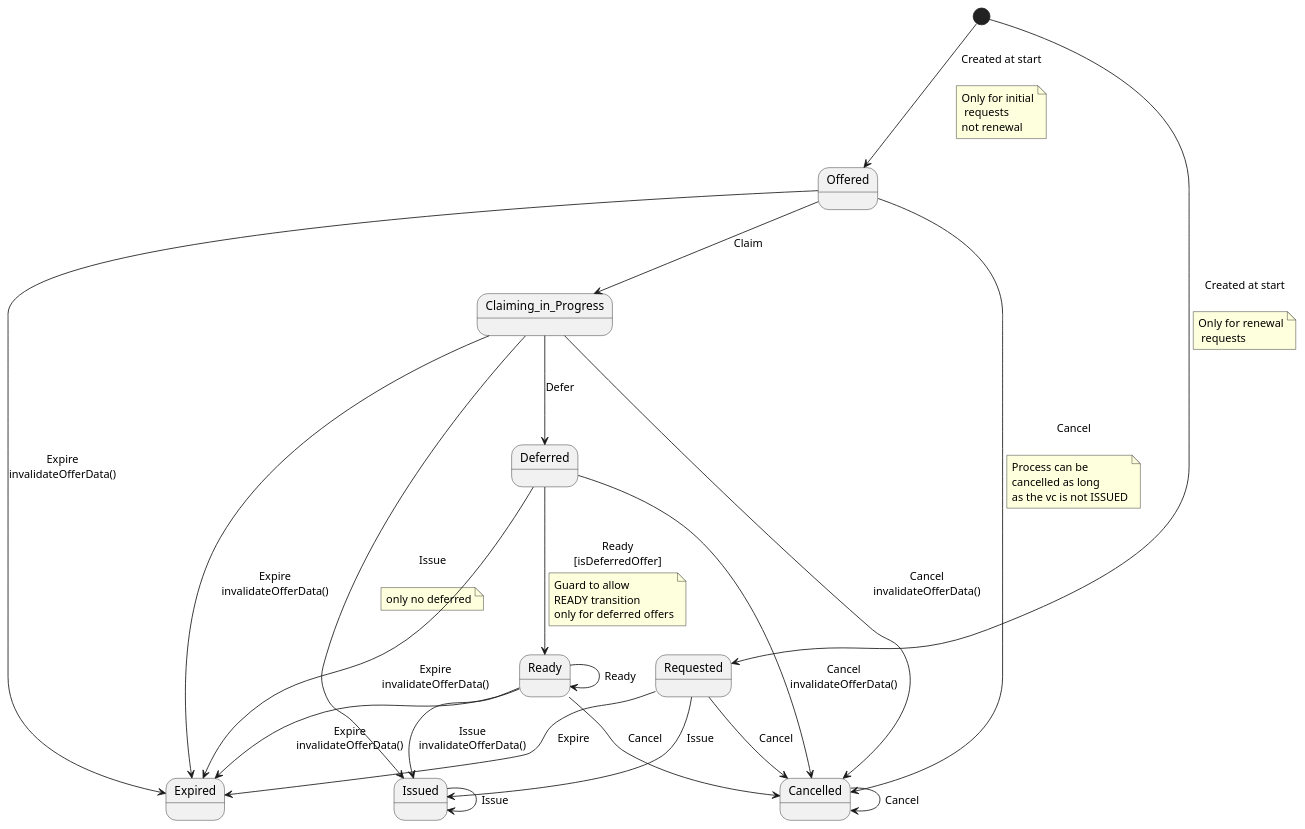
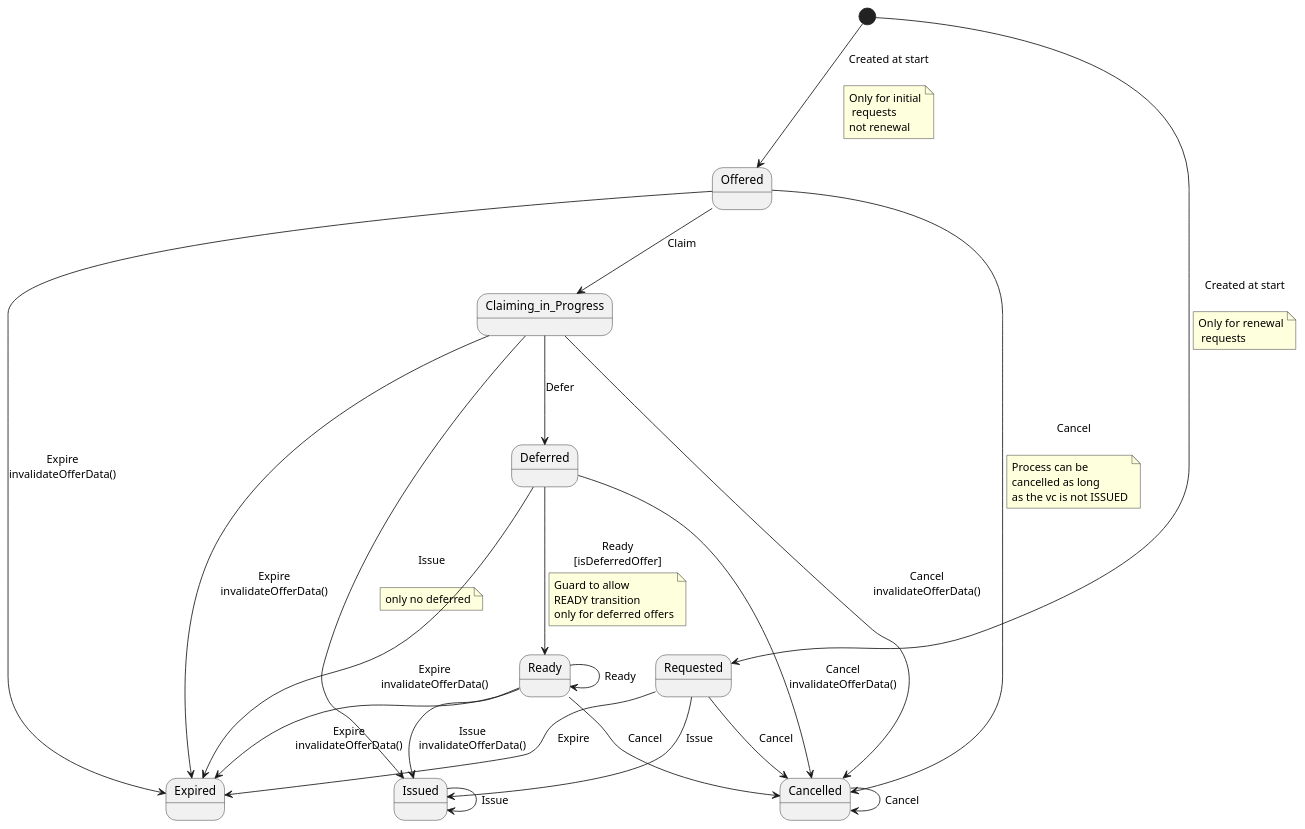
One commit to swiyu-admin-ch/swiyu-issuer changed the diagram in issuer-service/src/main/resources/plantuml/credentialOfferStateMachine.puml. Above: the diagram before and after it, drawn with PlantUML. The commit also changed other lines of this file and 13 other files, not shown here.

```diff
--- a/issuer-service/src/main/resources/plantuml/credentialOfferStateMachine.puml
+++ b/issuer-service/src/main/resources/plantuml/credentialOfferStateMachine.puml
@@ -1,58 +1,58 @@
 @startuml
+state Cancelled
+state Deferred
+state Ready
 state Claiming_in_Progress
+state Issued
 state Requested
-state Issued
-state Ready
 state Expired
-state Deferred
-state Cancelled
 state Offered
 [*] --> Offered : Created at start\n
 note on link
 Only for initial
  requests
 not renewal
 end note
 
 [*] --> Requested : Created at start\n
 note on link
 Only for renewal
  requests
 end note
 
 Requested --> Issued : Issue
 Requested --> Cancelled : Cancel
 Requested --> Expired : Expire
 Offered --> Cancelled : Cancel\n
 note on link
 Process can be
 cancelled as long
 as the vc is not ISSUED
 end note
 
 Offered --> Expired : Expire\ninvalidateOfferData()
 Offered --> Claiming_in_Progress : Claim
 Claiming_in_Progress --> Expired : Expire\ninvalidateOfferData()
 Claiming_in_Progress --> Deferred : Defer
 Claiming_in_Progress --> Issued : Issue\n
 note on link
 only no deferred
 end note
 
 Claiming_in_Progress --> Cancelled : Cancel\ninvalidateOfferData()
 Deferred --> Ready : Ready\n[isDeferredOffer]
 note on link
 Guard to allow
 READY transition
 only for deferred offers
 end note
 
 Deferred --> Expired : Expire\ninvalidateOfferData()
 Deferred --> Cancelled : Cancel\ninvalidateOfferData()
 Ready --> Issued : Issue\ninvalidateOfferData()
 Ready --> Expired : Expire\ninvalidateOfferData()
 Ready --> Cancelled : Cancel
 Ready --> Ready : Ready
 Issued --> Issued : Issue
 Cancelled --> Cancelled : Cancel
 @enduml
```
